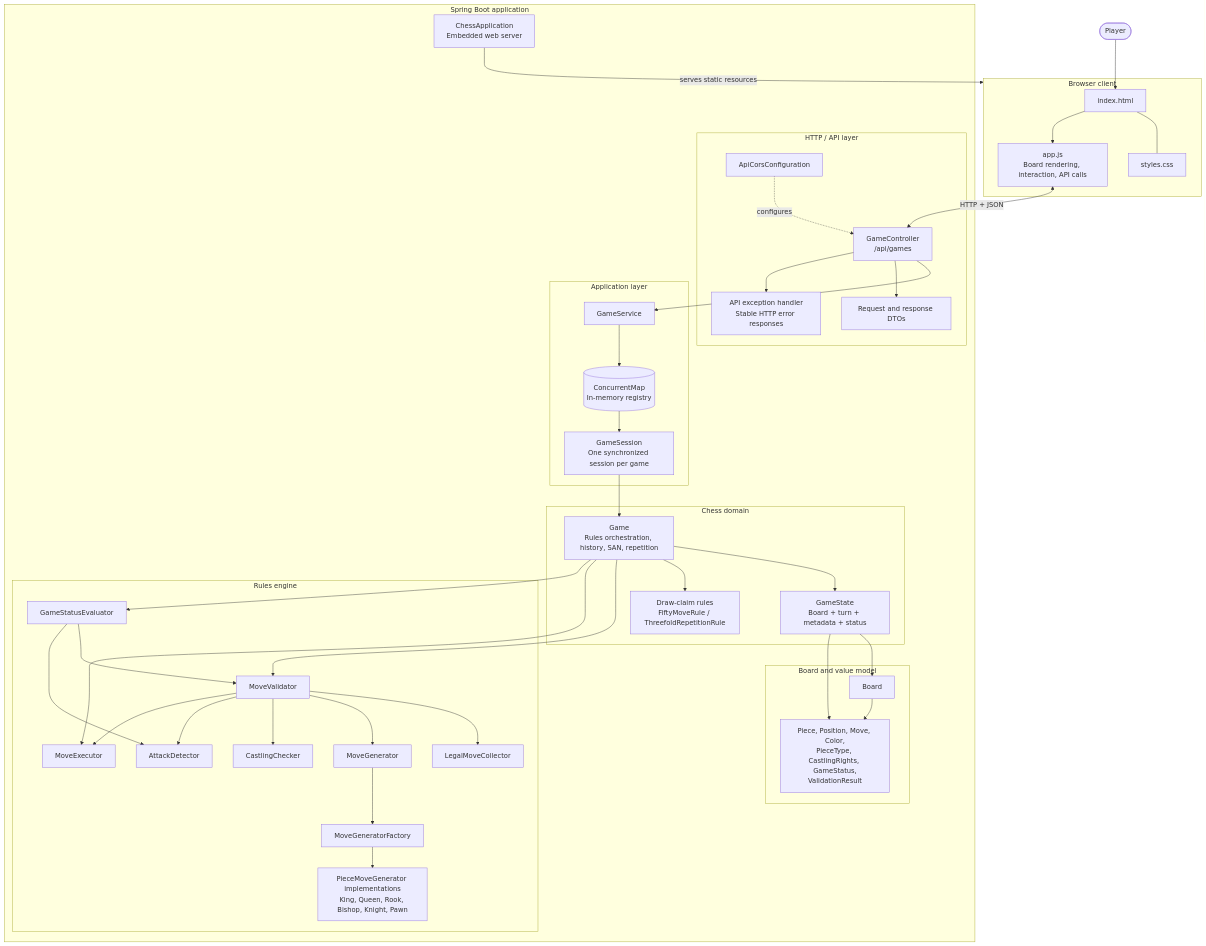
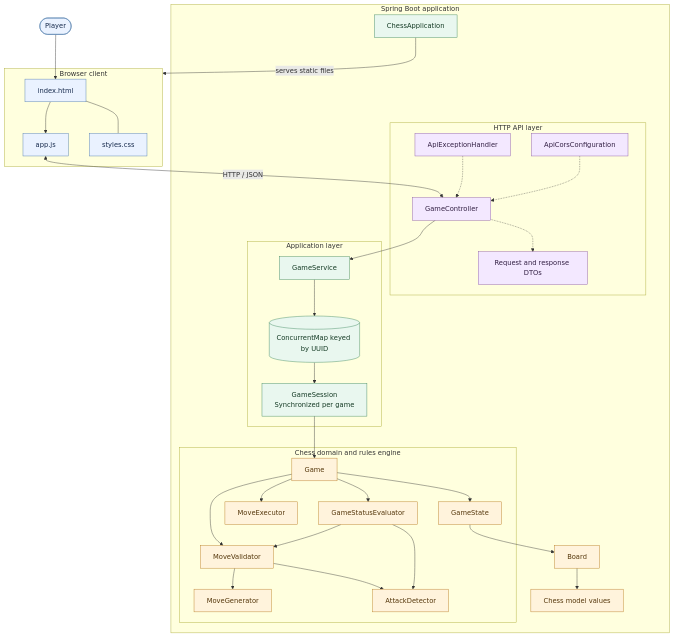
Before and after one commit to md2004sameer/Chess: the diagram in docs/architecture.md, drawn with Mermaid. The commit also changed other lines of this file, not shown here.

Commit message:
docs: separate system architecture diagram

````diff
--- a/docs/architecture.md
+++ b/docs/architecture.md
@@ -8,82 +6,75 @@
 flowchart TB
     Player([Player])
 
-    subgraph Client["Browser client"]
-        HTML["index.html"]
+    subgraph Browser["Browser client"]
+        UI["index.html"]
+        JS["app.js"]
         CSS["styles.css"]
-        JS["app.js<br/>Board rendering, interaction, API calls"]
-        HTML --- CSS
-        HTML --> JS
+        UI --> JS
+        UI --- CSS
     end
 
-    subgraph Runtime["Spring Boot application"]
-        Host["ChessApplication<br/>Embedded web server"]
+    subgraph Spring["Spring Boot application"]
+        Host["ChessApplication"]
 
-        subgraph Web["HTTP / API layer"]
-            Controller["GameController<br/>/api/games"]
+        subgraph API["HTTP API layer"]
+            Controller["GameController"]
             DTO["Request and response DTOs"]
-            Errors["API exception handler<br/>Stable HTTP error responses"]
-            Cors["ApiCorsConfiguration"]
+            Errors["ApiExceptionHandler"]
+            CORS["ApiCorsConfiguration"]
         end
 
-        subgraph Application["Application layer"]
+        subgraph App["Application layer"]
             Service["GameService"]
-            Sessions[("ConcurrentMap<UUID, GameSession><br/>In-memory registry")]
-            Session["GameSession<br/>One synchronized session per game"]
+            Registry[("ConcurrentMap keyed by UUID")]
+            Session["GameSession<br/>Synchronized per game"]
         end
 
-        subgraph Domain["Chess domain"]
-            Game["Game<br/>Rules orchestration, history, SAN, repetition"]
-            State["GameState<br/>Board + turn + metadata + status"]
-            Rules["Draw-claim rules<br/>FiftyMoveRule / ThreefoldRepetitionRule"]
+        subgraph Chess["Chess domain and rules engine"]
+            Game["Game"]
+            State["GameState"]
+            Validator["MoveValidator"]
+            Executor["MoveExecutor"]
+            Evaluator["GameStatusEvaluator"]
+            Generator["MoveGenerator"]
+            Attack["AttackDetector"]
         end
 
-        subgraph Engine["Rules engine"]
-            Validator["MoveValidator"]
-            Collector["LegalMoveCollector"]
-            Castle["CastlingChecker"]
-            Attack["AttackDetector"]
-            Executor["MoveExecutor"]
-            Status["GameStatusEvaluator"]
-            Generator["MoveGenerator"]
-            Factory["MoveGeneratorFactory"]
-            PieceGenerators["PieceMoveGenerator implementations<br/>King, Queen, Rook, Bishop, Knight, Pawn"]
-        end
-
-        subgraph Core["Board and value model"]
-            Board["Board"]
-            Values["Piece, Position, Move, Color,<br/>PieceType, CastlingRights, GameStatus,<br/>ValidationResult"]
-        end
+        Board["Board"]
+        Model["Chess model values"]
     end
 
-    Player --> HTML
-    Host -->|serves static resources| Client
-    JS <-->|HTTP + JSON| Controller
+    Player --> UI
+    Host -->|"serves static files"| Browser
+    JS <-->|"HTTP / JSON"| Controller
     Controller --> Service
-    Controller --> DTO
-    Controller --> Errors
-    Cors -. configures .-> Controller
+    Controller -.-> DTO
+    Errors -.-> Controller
+    CORS -.-> Controller
 
-    Service --> Sessions
-    Sessions --> Session
+    Service --> Registry
+    Registry --> Session
     Session --> Game
+
     Game --> State
-    Game --> Rules
-
     Game --> Validator
     Game --> Executor
-    Game --> Status
-    Validator --> Collector
+    Game --> Evaluator
     Validator --> Generator
-    Validator --> Castle
     Validator --> Attack
-    Validator --> Executor
-    Status --> Validator
-    Status --> Attack
-    Generator --> Factory
-    Factory --> PieceGenerators
+    Evaluator --> Attack
+    Evaluator --> Validator
 
     State --> Board
-    State --> Values
-    Board --> Values
+    Board --> Model
+
+    classDef client fill:#eaf2ff,stroke:#4c78a8,color:#172b4d
+    classDef api fill:#f3e8ff,stroke:#8956a3,color:#332044
+    classDef app fill:#e9f7ef,stroke:#39845a,color:#153b25
+    classDef engine fill:#fff3dc,stroke:#b7791f,color:#55370c
+
+    class Player,UI,JS,CSS client
+    class Controller,DTO,Errors,CORS api
+    class Service,Registry,Session,Host app
+    class Game,State,Validator,Executor,Evaluator,Generator,Attack,Board,Model engine
 ```
````
